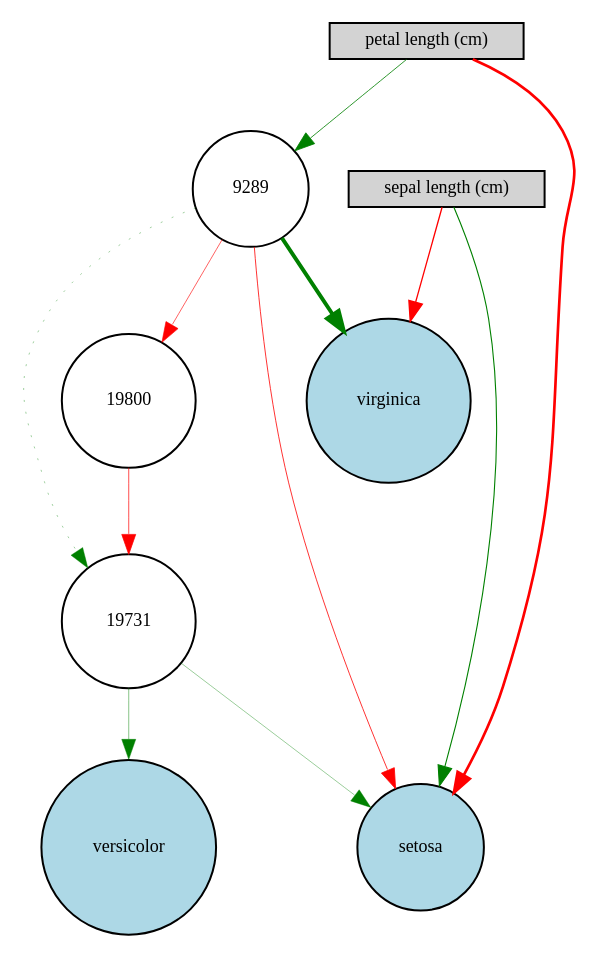
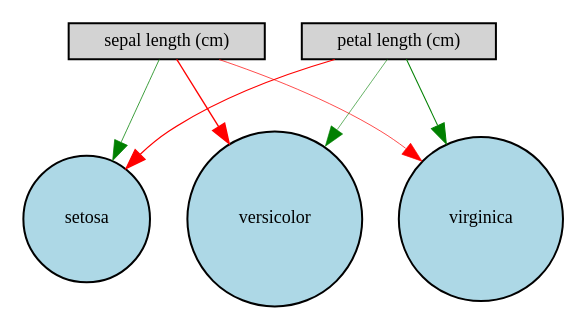
The diagram in iris/Digraph.gv (Maxwell1447/Neuro-evolution-in-speaker-recognition), drawn with Graphviz before and after one commit. The commit also changed 29 other files, not shown here.

```diff
--- a/iris/Digraph.gv
+++ b/iris/Digraph.gv
@@ -1,22 +1,14 @@
 digraph {
 	node [fontsize=9 height=0.2 shape=circle width=0.2]
 	"sepal length (cm)" [fillcolor=lightgray shape=box style=filled]
 	"petal length (cm)" [fillcolor=lightgray shape=box style=filled]
 	setosa [fillcolor=lightblue style=filled]
 	versicolor [fillcolor=lightblue style=filled]
 	virginica [fillcolor=lightblue style=filled]
-	9289 [fillcolor=white style=filled]
-	19731 [fillcolor=white style=filled]
-	19800 [fillcolor=white style=filled]
-	"sepal length (cm)" -> setosa [color=green penwidth=0.5453363948864929 style=solid]
-	"sepal length (cm)" -> virginica [color=red penwidth=0.6600364110728175 style=solid]
-	"petal length (cm)" -> setosa [color=red penwidth=1.3436693469098957 style=solid]
-	"petal length (cm)" -> 9289 [color=green penwidth=0.41071040415759386 style=solid]
-	9289 -> virginica [color=green penwidth=1.9401760864251874 style=solid]
-	9289 -> setosa [color=red penwidth=0.39923687990280143 style=solid]
-	9289 -> 19731 [color=green penwidth=0.18888410860697213 style=dotted]
-	19731 -> setosa [color=green penwidth=0.19639579029550264 style=solid]
-	9289 -> 19800 [color=red penwidth=0.3120715818621541 style=solid]
-	19800 -> 19731 [color=red penwidth=0.34632930518144744 style=solid]
-	19731 -> versicolor [color=green penwidth=0.24446524353034113 style=solid]
+	"sepal length (cm)" -> setosa [color=green penwidth=0.3849879983508214 style=solid]
+	"sepal length (cm)" -> versicolor [color=red penwidth=0.696485234016882 style=solid]
+	"sepal length (cm)" -> virginica [color=red penwidth=0.3531067719800619 style=solid]
+	"petal length (cm)" -> setosa [color=red penwidth=0.6141766497626169 style=solid]
+	"petal length (cm)" -> versicolor [color=green penwidth=0.2959075380177175 style=solid]
+	"petal length (cm)" -> virginica [color=green penwidth=0.5128555480132825 style=solid]
 }
```
